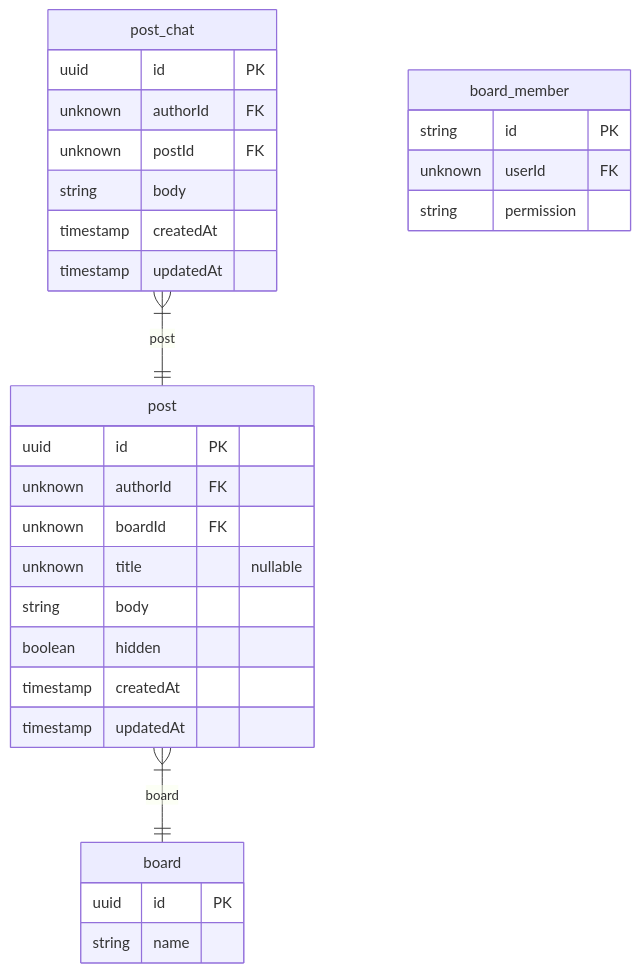
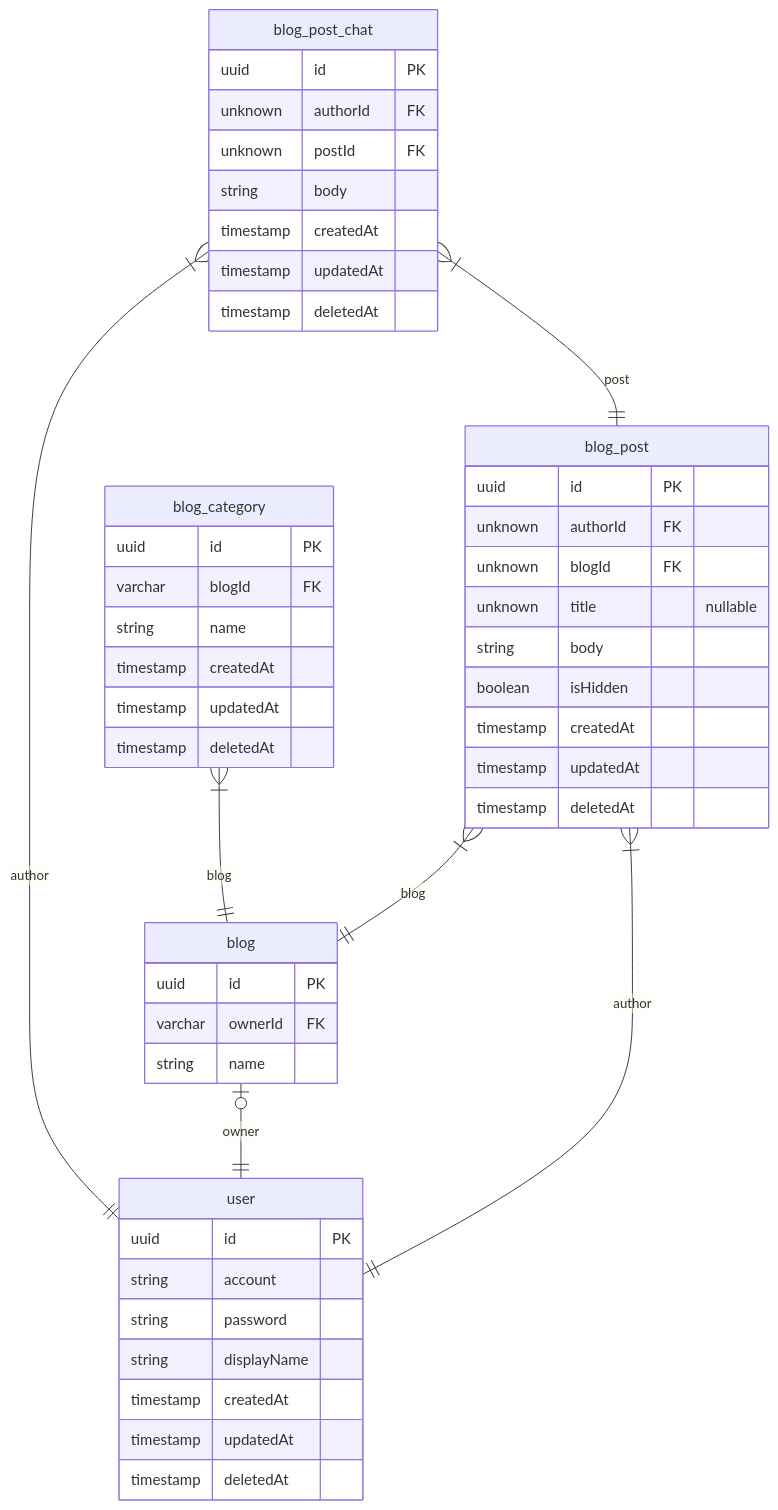
Before and after one commit to yiy0ung/typeorm-markdown: the first of 2 diagrams in test/erd.md, drawn with Mermaid. The commit also changed other lines of this file and 7 other files, not shown here.

````diff
--- a/test/erd.md
+++ b/test/erd.md
@@ -7,32 +8,51 @@
 ```mermaid
 erDiagram
-post_chat {
-  uuid id PK 
-  unknown authorId FK 
-  unknown postId FK 
-  string body  
-  timestamp createdAt  
-  timestamp updatedAt  
+blog_post_chat {
+  uuid id PK
+  unknown authorId FK
+  unknown postId FK
+  string body
+  timestamp createdAt
+  timestamp updatedAt
+  timestamp deletedAt
 }
-board_member {
-  string id PK 
-  unknown userId FK 
-  string permission  
+blog_category {
+  uuid id PK
+  varchar blogId FK
+  string name
+  timestamp createdAt
+  timestamp updatedAt
+  timestamp deletedAt
 }
-board {
-  uuid id PK 
-  string name  
+blog {
+  uuid id PK
+  varchar ownerId FK
+  string name
 }
-post {
-  uuid id PK 
-  unknown authorId FK 
-  unknown boardId FK 
+blog_post {
+  uuid id PK
+  unknown authorId FK
+  unknown blogId FK
   unknown title  "nullable"
-  string body  
-  boolean hidden  
-  timestamp createdAt  
-  timestamp updatedAt  
+  string body
+  boolean isHidden
+  timestamp createdAt
+  timestamp updatedAt
+  timestamp deletedAt
 }
-post_chat }|--|| post : post
-post }|--|| board : board
+user {
+  uuid id PK
+  string account
+  string password
+  string displayName
+  timestamp createdAt
+  timestamp updatedAt
+  timestamp deletedAt
+}
+blog_post_chat }|--|| user : author
+blog_post_chat }|--|| blog_post : post
+blog_category }|--|| blog : blog
+blog |o--|| user : owner
+blog_post }|--|| user : author
+blog_post }|--|| blog : blog
 ```
````
